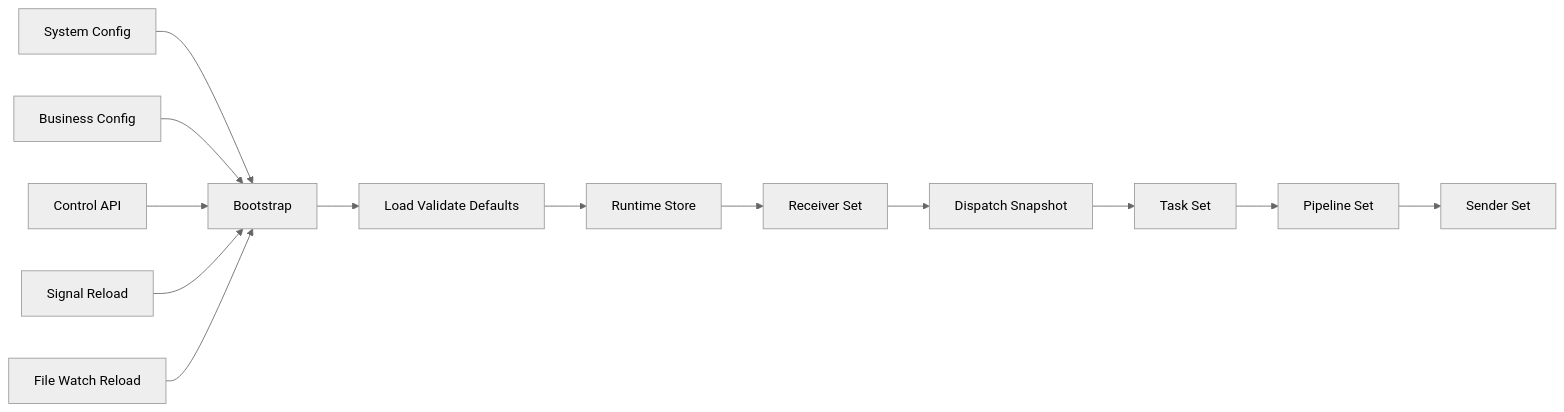
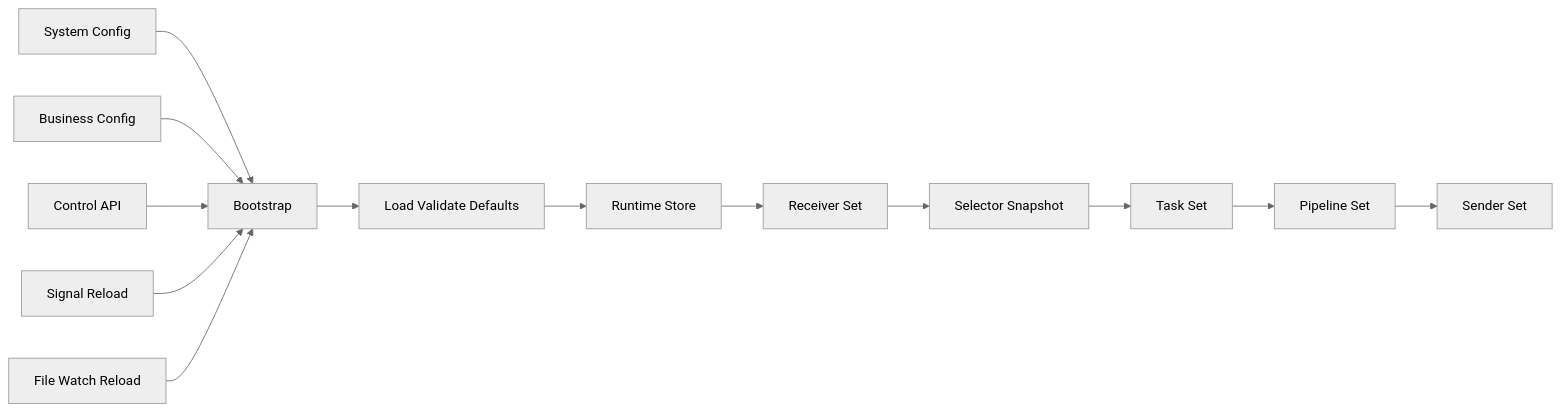
The first of 2 diagrams in README.md (oublie6/forward-stub), drawn with Mermaid (neutral theme) before and after one commit. The commit also changed other lines of this file and 39 other files, not shown here.

Commit message:
refactor: lift selector dispatch above tasks

````diff
--- a/README.md
+++ b/README.md
@@ -27,17 +27,17 @@
 ```mermaid
 flowchart LR
   SysCfg[System Config] --> Boot[Bootstrap]
   BizCfg[Business Config] --> Boot
   Boot --> Validate[Load Validate Defaults]
   Validate --> Runtime[Runtime Store]
 
   Runtime --> Receiver[Receiver Set]
-  Receiver --> Dispatch[Dispatch Snapshot]
-  Dispatch --> Task[Task Set]
+  Receiver --> Selector[Selector Snapshot]
+  Selector --> Task[Task Set]
   Task --> Pipeline[Pipeline Set]
   Pipeline --> Sender[Sender Set]
 
   Api[Control API] --> Boot
   Signal[Signal Reload] --> Boot
   Watch[File Watch Reload] --> Boot
 ```
````
